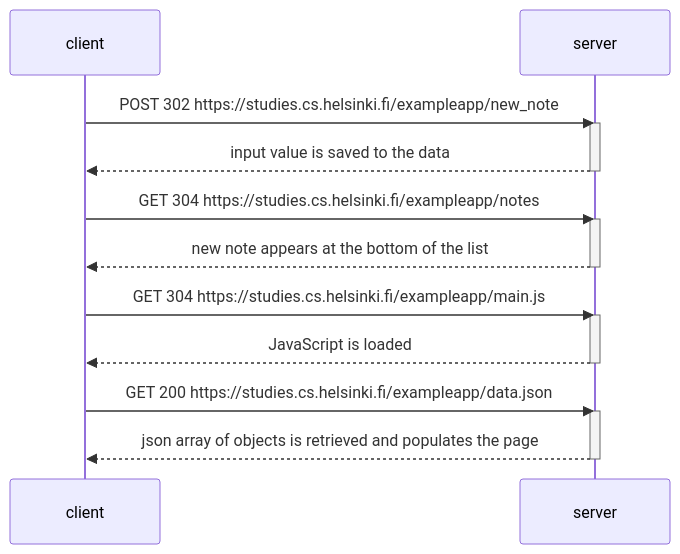
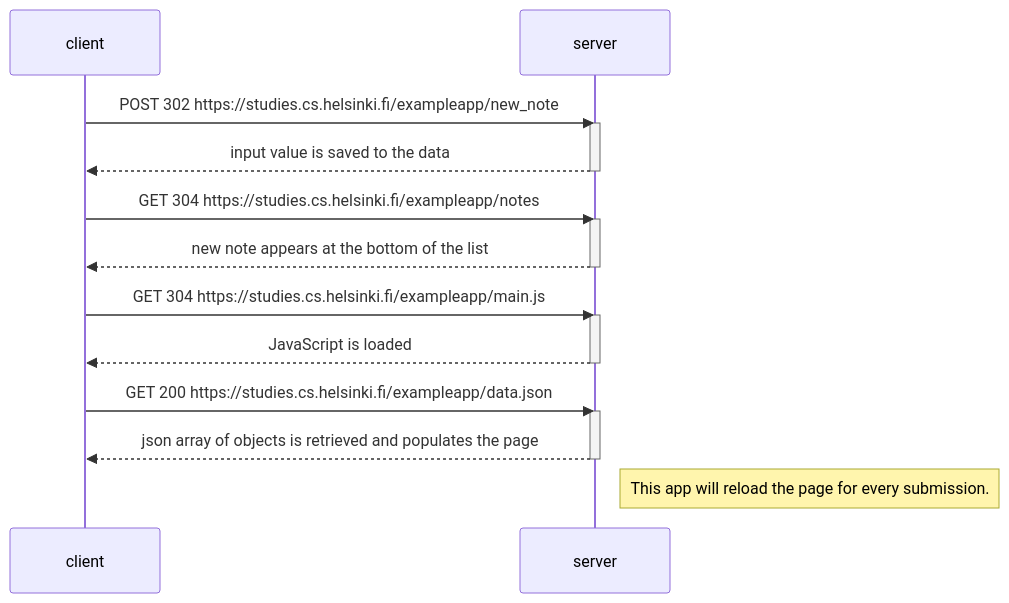
One commit to theDapperFoxtrot/fullstackopen-part0-exercises changed the first of 2 diagrams in README.md. Above: the diagram before and after it, drawn with Mermaid.

````diff
--- a/README.md
+++ b/README.md
@@ -8,28 +8,29 @@
 ```mermaid
 sequenceDiagram
     participant client
     participant server
     
     
     client->>server: POST 302 https://studies.cs.helsinki.fi/exampleapp/new_note
     activate server
     server-->>client: input value is saved to the data
     deactivate server
     
     
     client->>server: GET 304 https://studies.cs.helsinki.fi/exampleapp/notes
     activate server
     server-->>client: new note appears at the bottom of the list
     deactivate server
     
     
     client->>server: GET 304 https://studies.cs.helsinki.fi/exampleapp/main.js
     activate server
     server-->>client: JavaScript is loaded
     deactivate server
     
     client->>server: GET 200 https://studies.cs.helsinki.fi/exampleapp/data.json
     activate server
     server-->>client: json array of objects is retrieved and populates the page
     deactivate server
+    Note right of server: This app will reload the page for every submission.
 ```
````
